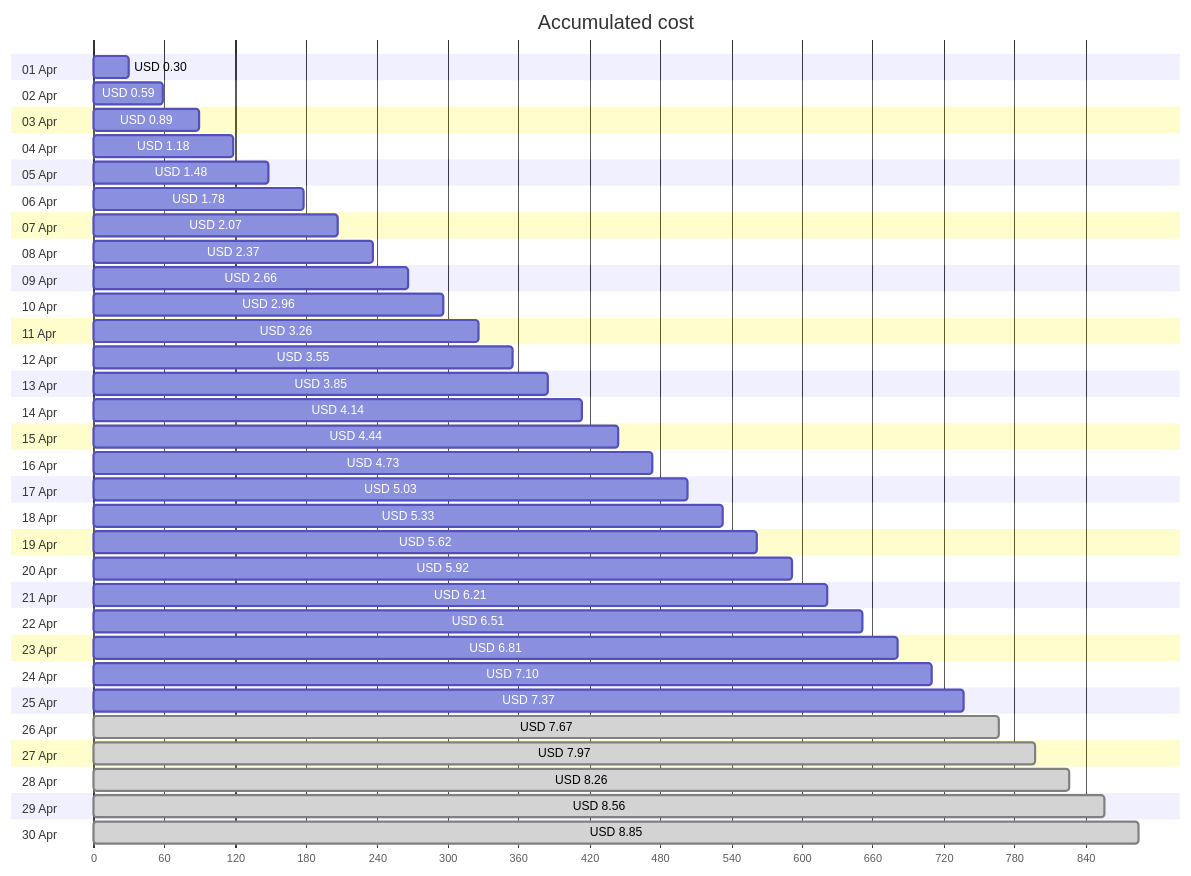
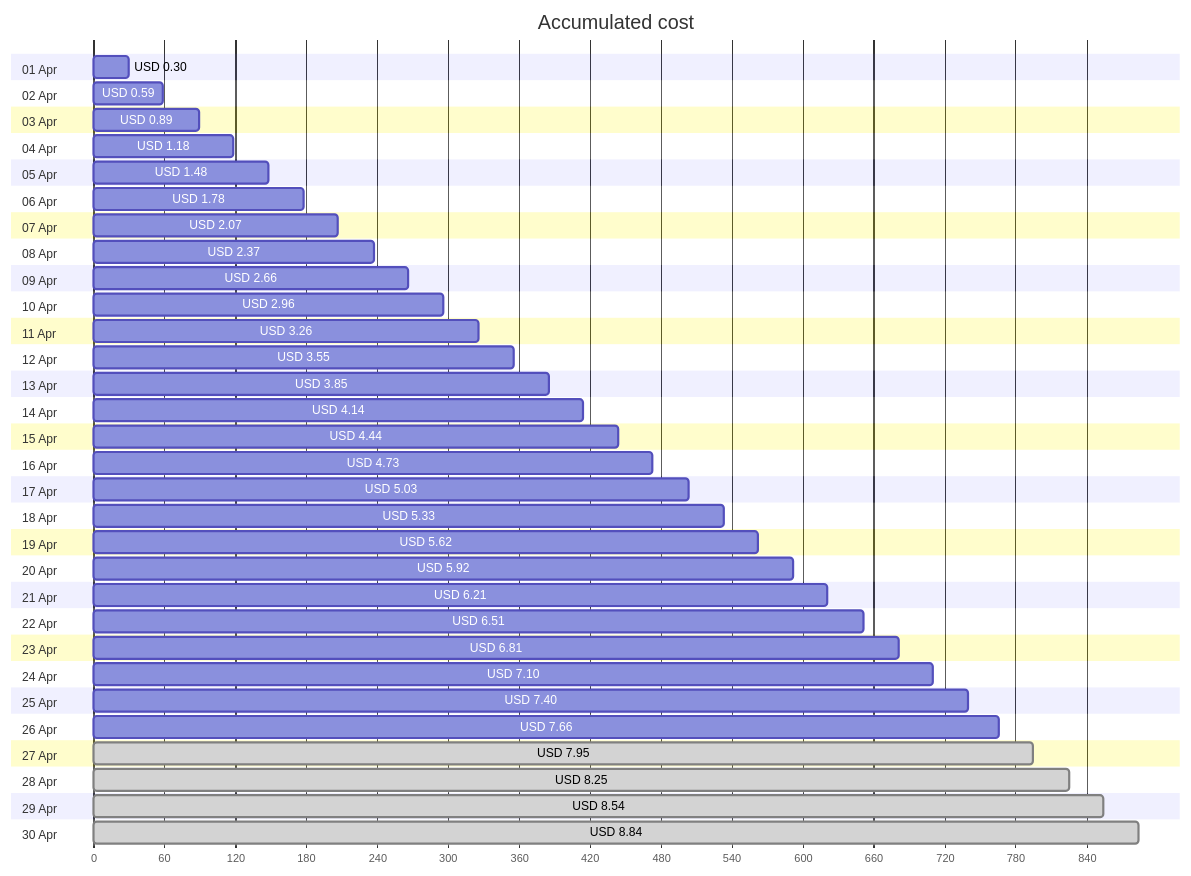
One commit to jpfulton/azure-personal-reports changed the first of 4 diagrams in cost-reports/personal-site/personal-site-preview.md. Above: the diagram before and after it, drawn with Mermaid. The commit also changed other lines of this file and 7 other files, not shown here.

````diff
--- a/cost-reports/personal-site/personal-site-preview.md
+++ b/cost-reports/personal-site/personal-site-preview.md
@@ -20,66 +20,66 @@
 ```mermaid
 gantt
    title Accumulated cost
    dateFormat  X
    axisFormat %s
    section 01 Apr
    USD 0.30 :0, 30
    section 02 Apr
    USD 0.59 :0, 59
    section 03 Apr
    USD 0.89 :0, 89
    section 04 Apr
    USD 1.18 :0, 118
    section 05 Apr
    USD 1.48 :0, 148
    section 06 Apr
    USD 1.78 :0, 178
    section 07 Apr
    USD 2.07 :0, 207
    section 08 Apr
    USD 2.37 :0, 237
    section 09 Apr
    USD 2.66 :0, 266
    section 10 Apr
    USD 2.96 :0, 296
    section 11 Apr
    USD 3.26 :0, 326
    section 12 Apr
    USD 3.55 :0, 355
    section 13 Apr
    USD 3.85 :0, 385
    section 14 Apr
    USD 4.14 :0, 414
    section 15 Apr
    USD 4.44 :0, 444
    section 16 Apr
    USD 4.73 :0, 473
    section 17 Apr
    USD 5.03 :0, 503
    section 18 Apr
    USD 5.33 :0, 533
    section 19 Apr
    USD 5.62 :0, 562
    section 20 Apr
    USD 5.92 :0, 592
    section 21 Apr
    USD 6.21 :0, 621
    section 22 Apr
    USD 6.51 :0, 651
    section 23 Apr
    USD 6.81 :0, 681
    section 24 Apr
    USD 7.10 :0, 710
    section 25 Apr
-   USD 7.37 :0, 737
+   USD 7.40 :0, 740
    section 26 Apr
-   USD 7.67 : done, 0, 767
+   USD 7.66 :0, 766
    section 27 Apr
-   USD 7.97 : done, 0, 797
+   USD 7.95 : done, 0, 795
    section 28 Apr
-   USD 8.26 : done, 0, 826
+   USD 8.25 : done, 0, 825
    section 29 Apr
-   USD 8.56 : done, 0, 856
+   USD 8.54 : done, 0, 854
    section 30 Apr
-   USD 8.85 : done, 0, 885
+   USD 8.84 : done, 0, 884
 ```
````
